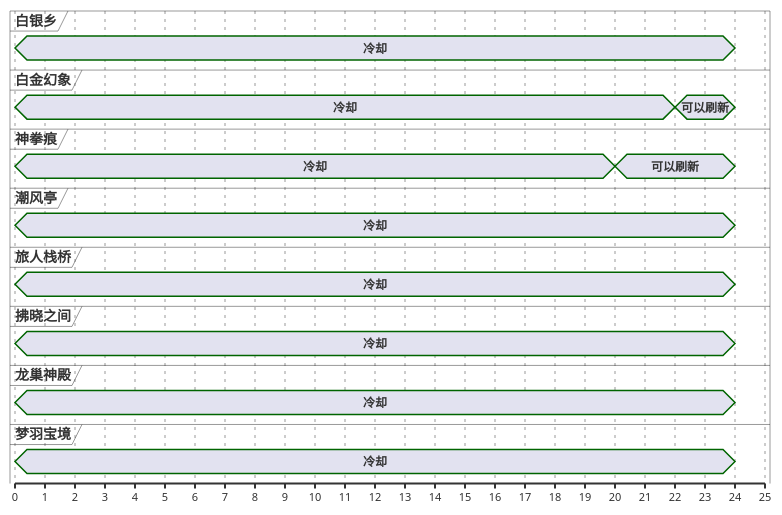
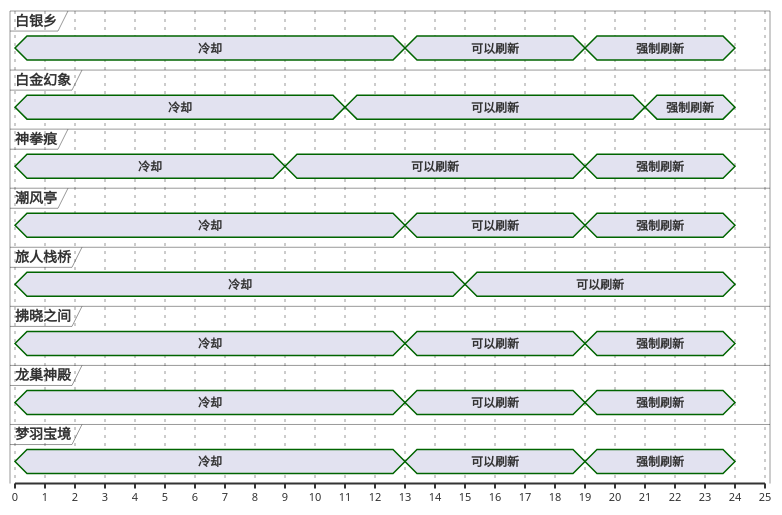
The second of 13 diagrams in ffxiv/hunt/2.0/Bonnacon.md (Eroleice/doc-pi), drawn with PlantUML before and after one commit. The commit also changed other lines of this file and 38 other files, not shown here.

````diff
--- a/ffxiv/hunt/2.0/Bonnacon.md
+++ b/ffxiv/hunt/2.0/Bonnacon.md
@@ -87,49 +99,62 @@
 ```plantuml
 @startuml
 scale 1 as 30 pixels
 
 concise 白银乡
 concise 白金幻象
 concise 神拳痕
 concise 潮风亭
 concise 旅人栈桥
 concise 拂晓之间
 concise 龙巢神殿
 concise 梦羽宝境
 
 @神拳痕
 0 is 冷却
-20 is 可以刷新
+9 is 可以刷新
+19 is 强制刷新
 24 is {hidden}
 
 @白银乡
 0 is 冷却
+13 is 可以刷新
+19 is 强制刷新
 24 is {hidden}
 
 @潮风亭
 0 is 冷却
+13 is 可以刷新
+19 is 强制刷新
 24 is {hidden}
 
 @龙巢神殿
 0 is 冷却
+13 is 可以刷新
+19 is 强制刷新
 24 is {hidden}
 
 @拂晓之间
 0 is 冷却
+13 is 可以刷新
+19 is 强制刷新
 24 is {hidden}
 
 @梦羽宝境
 0 is 冷却
+13 is 可以刷新
+19 is 强制刷新
 24 is {hidden}
 
 @白金幻象
 0 is 冷却
-22 is 可以刷新
+11 is 可以刷新
+21 is 强制刷新
 24 is {hidden}
 
 @旅人栈桥
 0 is 冷却
+15 is 可以刷新
 24 is {hidden}
 
 @enduml
 ```
````
